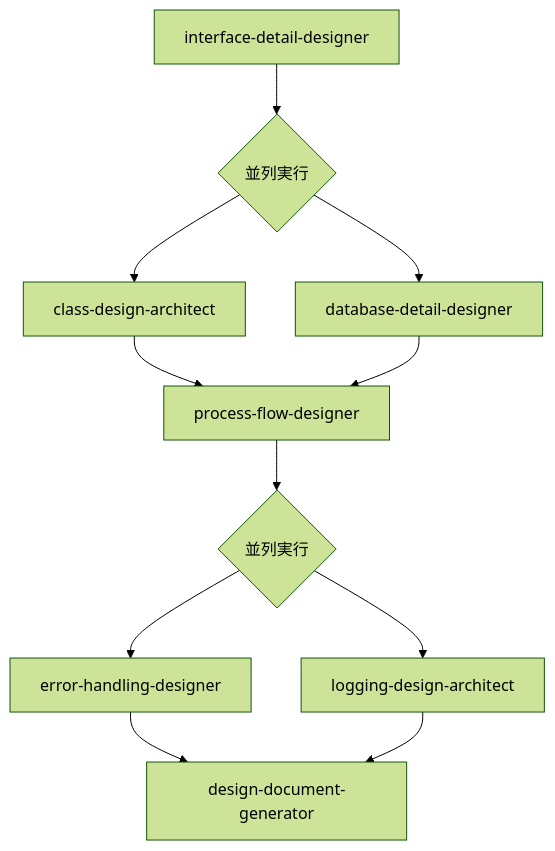
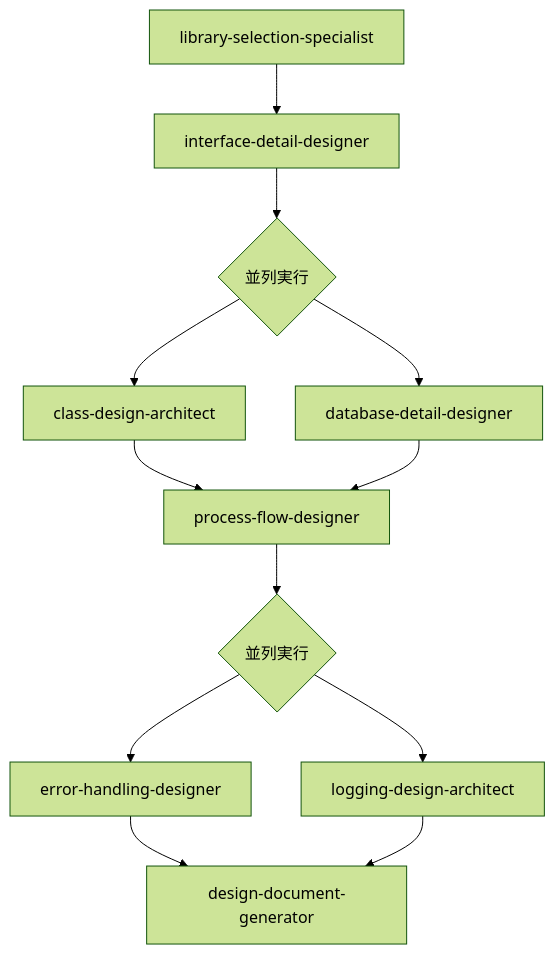
One commit to Tora29/salary-management changed the diagram in .claude/agents/03-Detailed-Design/README.md. Above: the diagram before and after it, drawn with Mermaid (forest theme). The commit also changed other lines of this file and 14 other files, not shown here.

````diff
--- a/.claude/agents/03-Detailed-Design/README.md
+++ b/.claude/agents/03-Detailed-Design/README.md
@@ -8,16 +8,17 @@
 ```mermaid
 graph TD
-    A[interface-detail-designer] --> B{並列実行}
-    B --> C[class-design-architect]
-    B --> D[database-detail-designer]
+    A[library-selection-specialist] --> B[interface-detail-designer]
+    B --> C{並列実行}
+    C --> D[class-design-architect]
+    C --> E[database-detail-designer]
 
-    C --> E[process-flow-designer]
-    D --> E
+    D --> F[process-flow-designer]
+    E --> F
 
-    E --> F{並列実行}
-    F --> G[error-handling-designer]
-    F --> H[logging-design-architect]
+    F --> G{並列実行}
+    G --> H[error-handling-designer]
+    G --> I[logging-design-architect]
 
-    G --> I[design-document-generator]
-    H --> I
+    H --> J[design-document-generator]
+    I --> J
 ```
````
